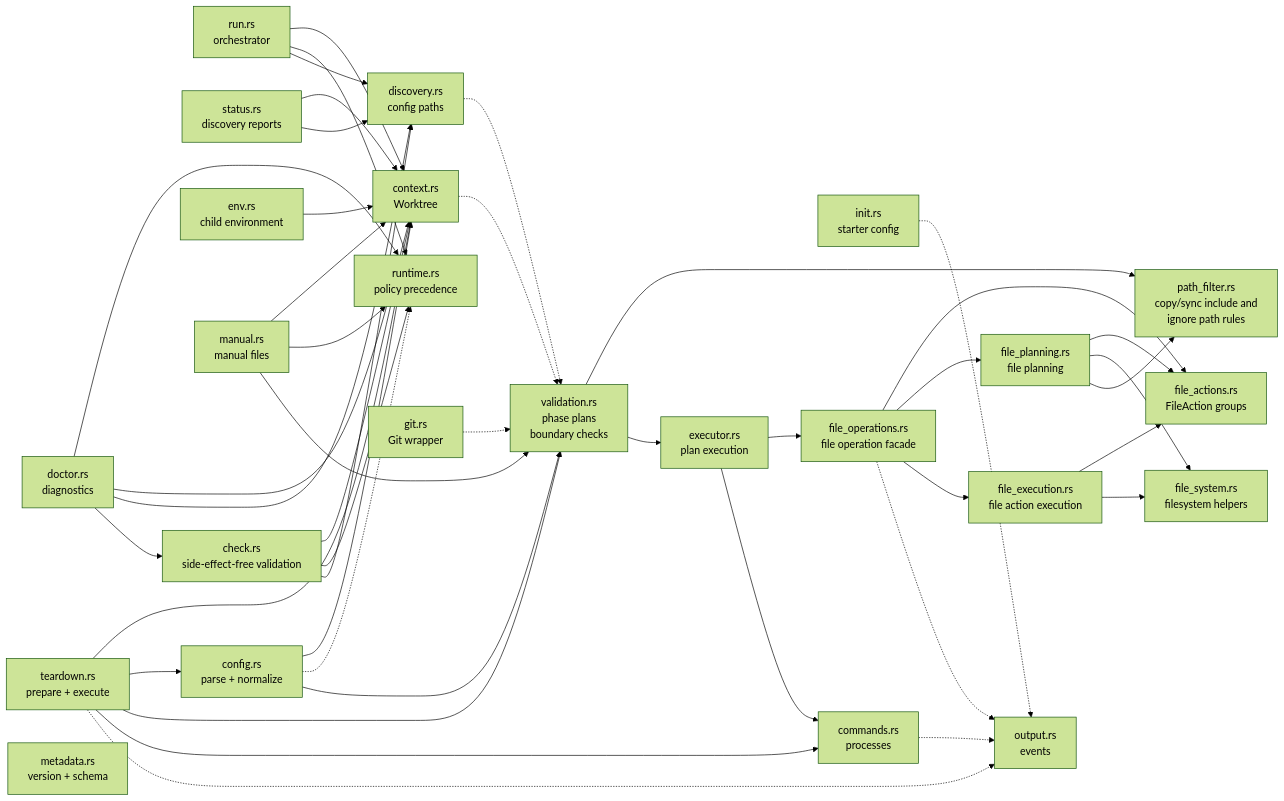
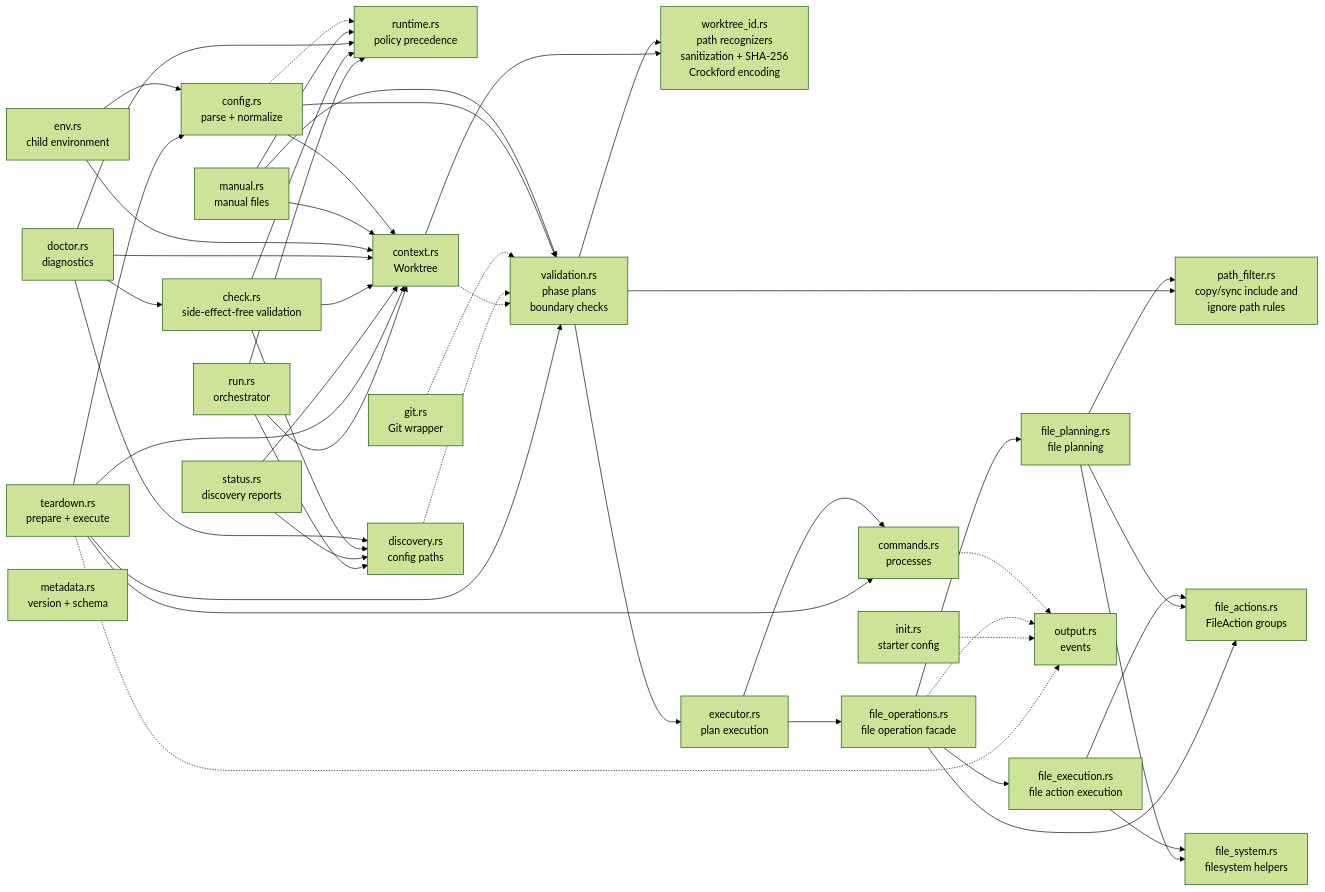
Before and after one commit to jimeh/treeboot: the sixth of 6 diagrams in docs/ARCHITECTURE.md, drawn with Mermaid (forest theme). The commit also changed other lines of this file and 28 other files, not shown here.

````diff
--- a/docs/ARCHITECTURE.md
+++ b/docs/ARCHITECTURE.md
@@ -264,70 +269,74 @@
 ```mermaid
 flowchart LR
   RUN["run.rs<br/>orchestrator"]
   TEARDOWN["teardown.rs<br/>prepare + execute"]
   STATUS["status.rs<br/>discovery reports"]
   CHECK["check.rs<br/>side-effect-free validation"]
   DOCTOR["doctor.rs<br/>diagnostics"]
   ENV["env.rs<br/>child environment"]
+  ID["worktree_id.rs<br/>path recognizers<br/>sanitization + SHA-256<br/>Crockford encoding"]
   MANUAL["manual.rs<br/>manual files"]
   CONFIG["config.rs<br/>parse + normalize"]
   RUNTIME["runtime.rs<br/>policy precedence"]
   INIT["init.rs<br/>starter config"]
   META["metadata.rs<br/>version + schema"]
   CONTEXT["context.rs<br/>Worktree"]
   DISC["discovery.rs<br/>config paths"]
   GIT["git.rs<br/>Git wrapper"]
   FILTER["path_filter.rs<br/>copy/sync include and<br/>ignore path rules"]
   EXEC["executor.rs<br/>plan execution"]
   VALID["validation.rs<br/>phase plans<br/>boundary checks"]
   FILE_ACTIONS["file_actions.rs<br/>FileAction groups"]
   FILE_OPS["file_operations.rs<br/>file operation facade"]
   FILE_PLANNING["file_planning.rs<br/>file planning"]
   FILE_EXECUTION["file_execution.rs<br/>file action execution"]
   FILE_SYSTEM["file_system.rs<br/>filesystem helpers"]
   CMDS["commands.rs<br/>processes"]
   OUT["output.rs<br/>events"]
 
   RUN --> CONTEXT
   RUN --> RUNTIME
   RUN --> DISC
   TEARDOWN --> CONTEXT
   TEARDOWN --> CONFIG
   TEARDOWN --> VALID
   TEARDOWN --> CMDS
   TEARDOWN -.-> OUT
   STATUS --> CONTEXT
   STATUS --> DISC
   CHECK --> CONTEXT
   CHECK --> RUNTIME
   CHECK --> DISC
   DOCTOR --> RUNTIME
   DOCTOR --> CONTEXT
   DOCTOR --> DISC
   DOCTOR --> CHECK
   ENV --> CONTEXT
+  ENV --> CONFIG
+  CONTEXT --> ID
+  VALID --> ID
   MANUAL --> CONTEXT
   MANUAL --> RUNTIME
   CONFIG --> CONTEXT
   CONFIG -.-> RUNTIME
   CONTEXT -.-> VALID
   DISC -.-> VALID
   GIT -.-> VALID
   CONFIG --> VALID
   MANUAL --> VALID
   VALID --> FILTER
   FILE_OPS --> FILE_ACTIONS
   FILE_OPS --> FILE_PLANNING
   FILE_OPS --> FILE_EXECUTION
   FILE_PLANNING --> FILE_ACTIONS
   FILE_PLANNING --> FILE_SYSTEM
   FILE_PLANNING --> FILTER
   FILE_EXECUTION --> FILE_ACTIONS
   FILE_EXECUTION --> FILE_SYSTEM
   VALID --> EXEC
   EXEC --> FILE_OPS
   EXEC --> CMDS
   INIT -.-> OUT
   FILE_OPS -.-> OUT
   CMDS -.-> OUT
 ```
````
